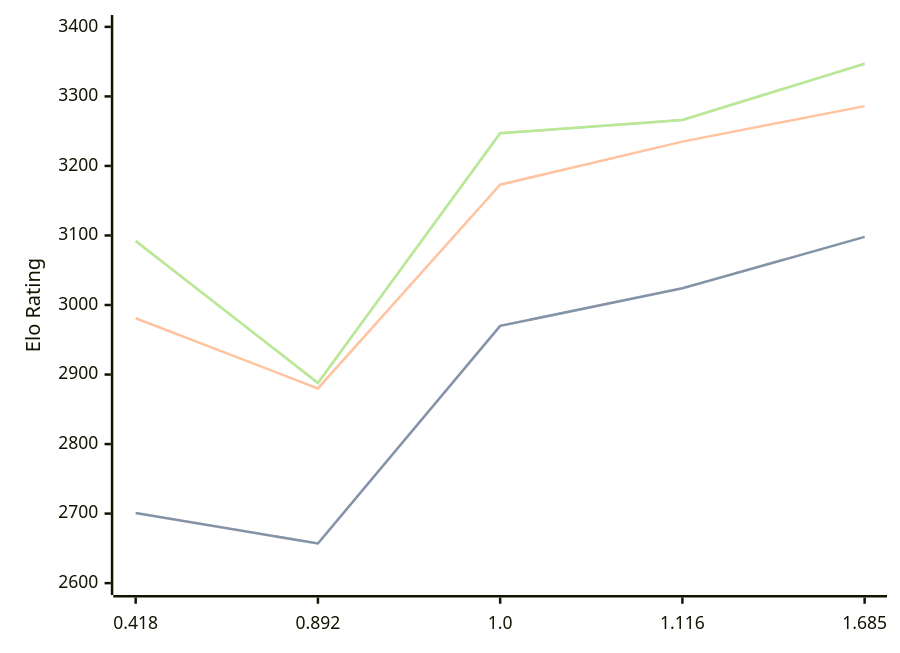
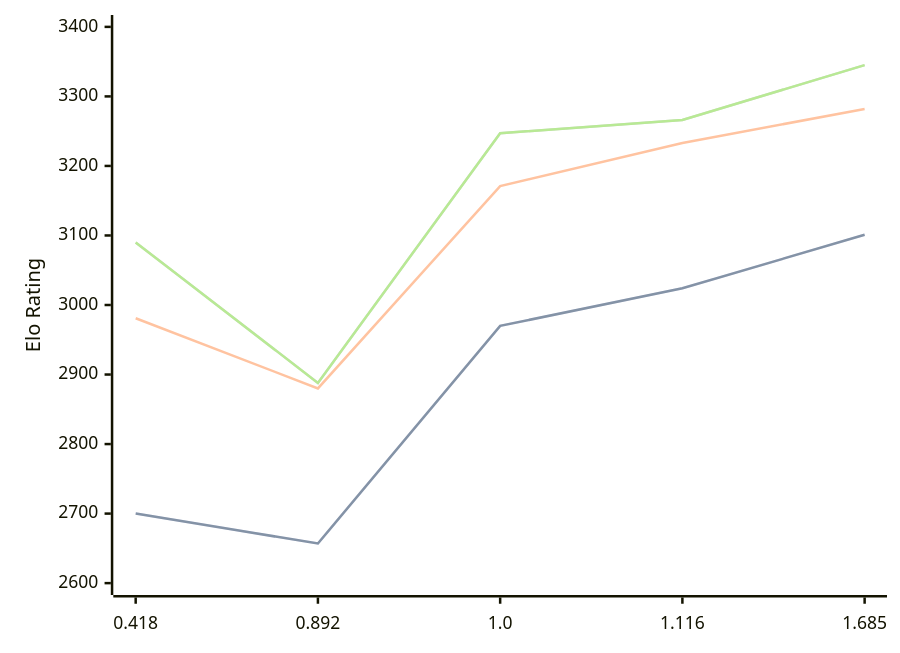
The diagram in engines/Malika.md (computer-chess-index/cci), drawn with Mermaid before and after one commit. The commit also changed other lines of this file, not shown here.

Commit message:
Update CCI Ratings (ELO VLTC) - 2026-08-03

````diff
--- a/engines/Malika.md
+++ b/engines/Malika.md
@@ -35,11 +35,11 @@
 ```mermaid
 %%{init: {"theme":"base","themeVariables":{"seriesColors:['#a3a3a3','#222221','#faa371']}}}%%
 xychart-beta
   x-axis ["0.418", "0.892", "1.0", "1.116", "1.685"]
   y-axis "Elo Rating" 2600 --> 3400
-  line "STC (8.0+0.08s)" [2701, 2657, 2970, 3024, 3098]
-  line "STC (8.0+0.08s)" [2701, 2657, 2970, 3024, 3098]
-  line "LTC (60.0+0.60s)" [2981, 2880, 3173, 3235, 3286]
-  line "VLTC (2m24s+1.12s)" [3092, 2888, 3247, 3266, 3347]
-  line "VLTC (2m24s+1.12s)" [3092, 2888, 3247, 3266, 3347]
+  line "STC (8.0+0.08s)" [2700, 2657, 2970, 3024, 3101]
+  line "STC (8.0+0.08s)" [2700, 2657, 2970, 3024, 3101]
+  line "LTC (60.0+0.60s)" [2981, 2880, 3171, 3233, 3282]
+  line "VLTC (2m24s+1.12s)" [3090, 2888, 3247, 3266, 3345]
+  line "VLTC (2m24s+1.12s)" [3090, 2888, 3247, 3266, 3345]
 ```
````
